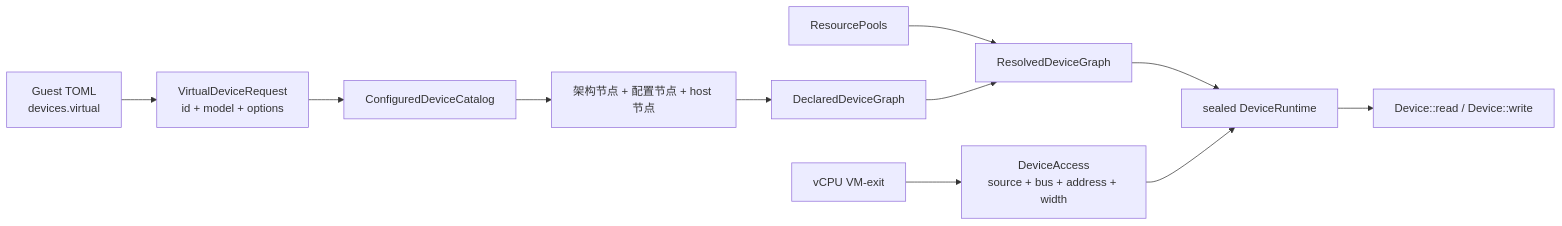
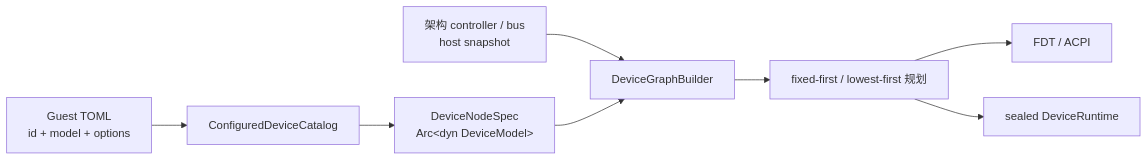
Before and after one commit to Dirinkbottle/tgoskits: the diagram in docs/docs/architecture/axvisor/emulated-devices.md, drawn with Mermaid. The commit also changed other lines of this file and 3840 other files, not shown here.

````diff
--- a/docs/docs/architecture/axvisor/emulated-devices.md
+++ b/docs/docs/architecture/axvisor/emulated-devices.md
@@ -115,20 +7,10 @@
 ```mermaid
 flowchart LR
-    Toml["Guest TOML<br/>devices.virtual"]
-    Request["VirtualDeviceRequest<br/>id + model + options"]
-    Catalog["ConfiguredDeviceCatalog"]
-    Nodes["架构节点 + 配置节点 + host 节点"]
-    Graph["DeclaredDeviceGraph"]
-    Pools["ResourcePools"]
-    Resolved["ResolvedDeviceGraph"]
-    Runtime["sealed DeviceRuntime"]
-    Exit["vCPU VM-exit"]
-    Access["DeviceAccess<br/>source + bus + address + width"]
-    Device["Device::read / Device::write"]
-
-    Toml --> Request --> Catalog --> Nodes
-    Nodes --> Graph
-    Pools --> Resolved
-    Graph --> Resolved --> Runtime
-    Exit --> Access --> Runtime --> Device
+    T["Guest TOML<br/>id + model + options"] --> C["ConfiguredDeviceCatalog"]
+    C --> N["DeviceNodeSpec<br/>Arc&lt;dyn DeviceModel&gt;"]
+    A["架构 controller / bus<br/>host snapshot"] --> G["DeviceGraphBuilder"]
+    N --> G
+    G --> P["fixed-first / lowest-first 规划"]
+    P --> F["FDT / ACPI"]
+    P --> R["sealed DeviceRuntime"]
 ```
````
